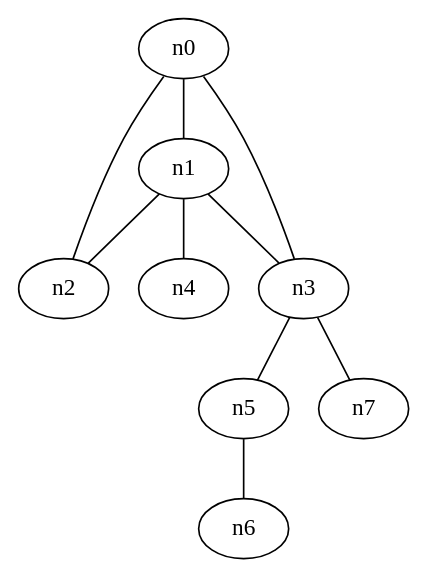
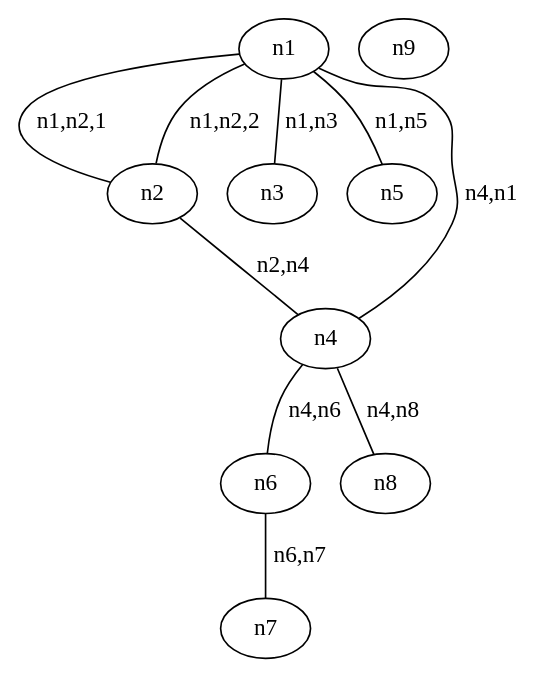
Before and after one commit to ppashakhanloo/CodeTrek: the diagram in random_walk/example.gv, drawn with Graphviz. The commit also changed 1 other file, not shown here.

```diff
--- a/random_walk/example.gv
+++ b/random_walk/example.gv
@@ -1,19 +1,20 @@
 graph {
-	n0 
-	n1 
-	n2
-    n3
-    n4
-    n5
-    n6
-    n7
-    n0 -- n1 
-    n1 -- n2 
-    n0 -- n2 
-    n1 -- n3
-    n1 -- n4
-    n5 -- n6
-    n3 -- n5
-    n3 -- n0
-    n3 -- n7
+    1 [label="n1"]
+	2 [label="n2"]
+	3 [label="n3"]
+	4 [label="n4"]
+	5 [label="n5"]
+	6 [label="n6"]
+	7 [label="n7"]
+	8 [label="n8"]
+	9 [label="n9"]
+    1 -- 2 [label="n1,n2,1"] 
+    1 -- 2 [label="n1,n2,2"]
+    1 -- 3 [label="n1,n3"]
+    2 -- 4 [label="n2,n4"]
+    1 -- 5 [label="n1,n5"]
+    6 -- 7 [label="n6,n7"]
+    4 -- 6 [label="n4,n6"]
+    4 -- 1 [label="n4,n1"]
+    4 -- 8 [label="n4,n8"]
 }
```
